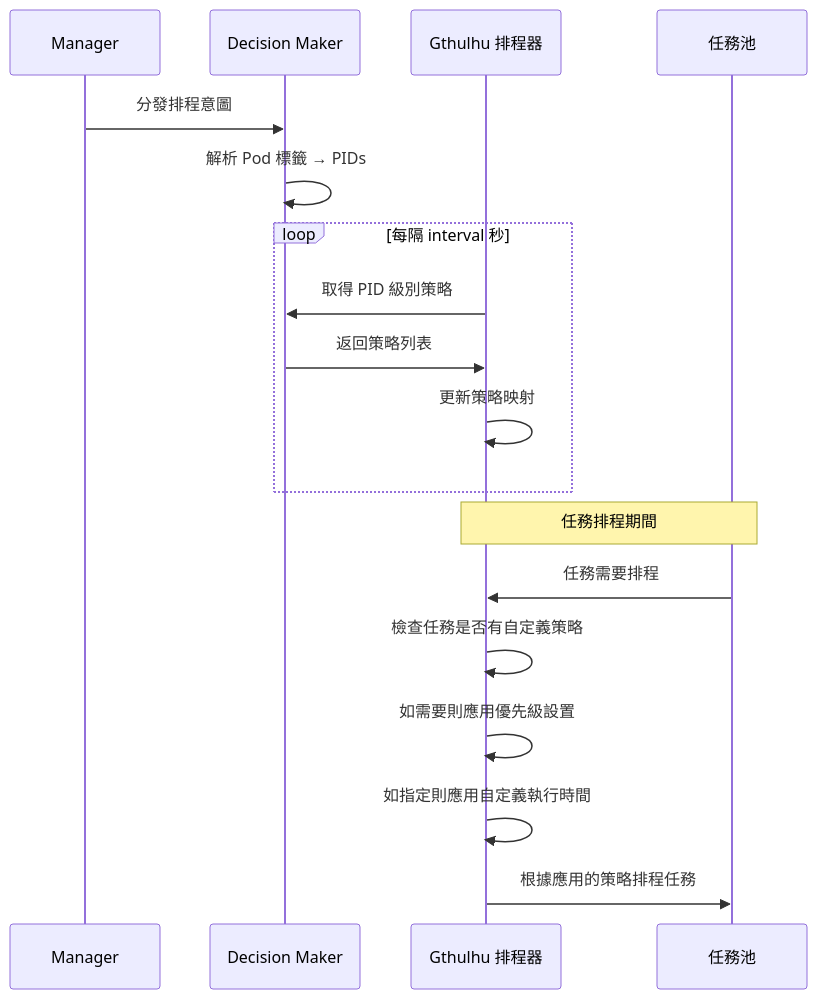
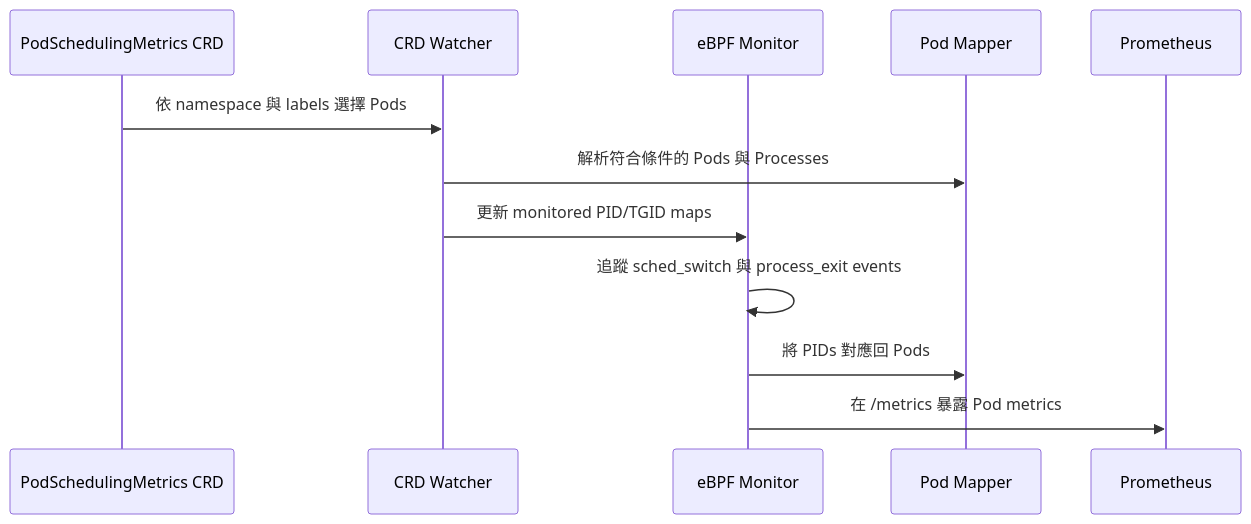
The second of 4 diagrams in docs/how-it-works.zh.md (Gthulhu/docs), drawn with Mermaid before and after one commit. The commit also changed other lines of this file and 3 other files, not shown here.

````diff
--- a/docs/how-it-works.zh.md
+++ b/docs/how-it-works.zh.md
@@ -254,23 +80,15 @@
 ```mermaid
 sequenceDiagram
-    participant M as Manager
-    participant DM as Decision Maker
-    participant S as Gthulhu 排程器
-    participant T as 任務池
+    participant C as PodSchedulingMetrics CRD
+    participant W as CRD Watcher
+    participant B as eBPF Monitor
+    participant P as Pod Mapper
+    participant M as Prometheus
 
-    M->>DM: 分發排程意圖
-    DM->>DM: 解析 Pod 標籤 → PIDs
-
-    loop 每隔 interval 秒
-        S->>DM: 取得 PID 級別策略
-        DM->>S: 返回策略列表
-        S->>S: 更新策略映射
-    end
-
-    Note over S,T: 任務排程期間
-    T->>S: 任務需要排程
-    S->>S: 檢查任務是否有自定義策略
-    S->>S: 如需要則應用優先級設置
-    S->>S: 如指定則應用自定義執行時間
-    S->>T: 根據應用的策略排程任務
+    C->>W: 依 namespace 與 labels 選擇 Pods
+    W->>P: 解析符合條件的 Pods 與 Processes
+    W->>B: 更新 monitored PID/TGID maps
+    B->>B: 追蹤 sched_switch 與 process_exit events
+    B->>P: 將 PIDs 對應回 Pods
+    B->>M: 在 /metrics 暴露 Pod metrics
 ```
````
